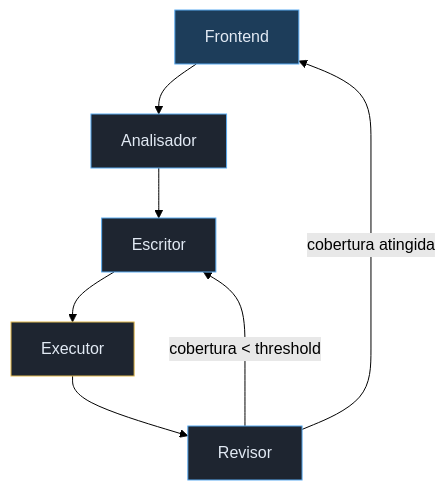
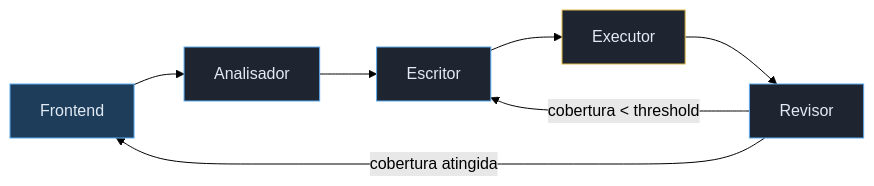
The second of 2 diagrams in README.md (Matheus-SF/multi-agent-autotest), drawn with Mermaid (forest theme) before and after one commit. The commit also changed other lines of this file, not shown here.

````diff
--- a/README.md
+++ b/README.md
@@ -58,15 +80,15 @@
 ```mermaid
-flowchart TD
+flowchart LR
     UI[Frontend] --> AN[Analisador]
     AN --> ES[Escritor]
     ES --> EX[Executor]
     EX --> RE[Revisor]
     RE -->|cobertura < threshold| ES
     RE -->|cobertura atingida| UI
 
     style UI fill:#1d3d5a,stroke:#5aabf0,color:#e2eaf4
     style AN fill:#1e2530,stroke:#5aabf0,color:#e2eaf4
     style ES fill:#1e2530,stroke:#5aabf0,color:#e2eaf4
     style EX fill:#1e2530,stroke:#e0b84e,color:#e2eaf4
     style RE fill:#1e2530,stroke:#5aabf0,color:#e2eaf4
 ```
````
